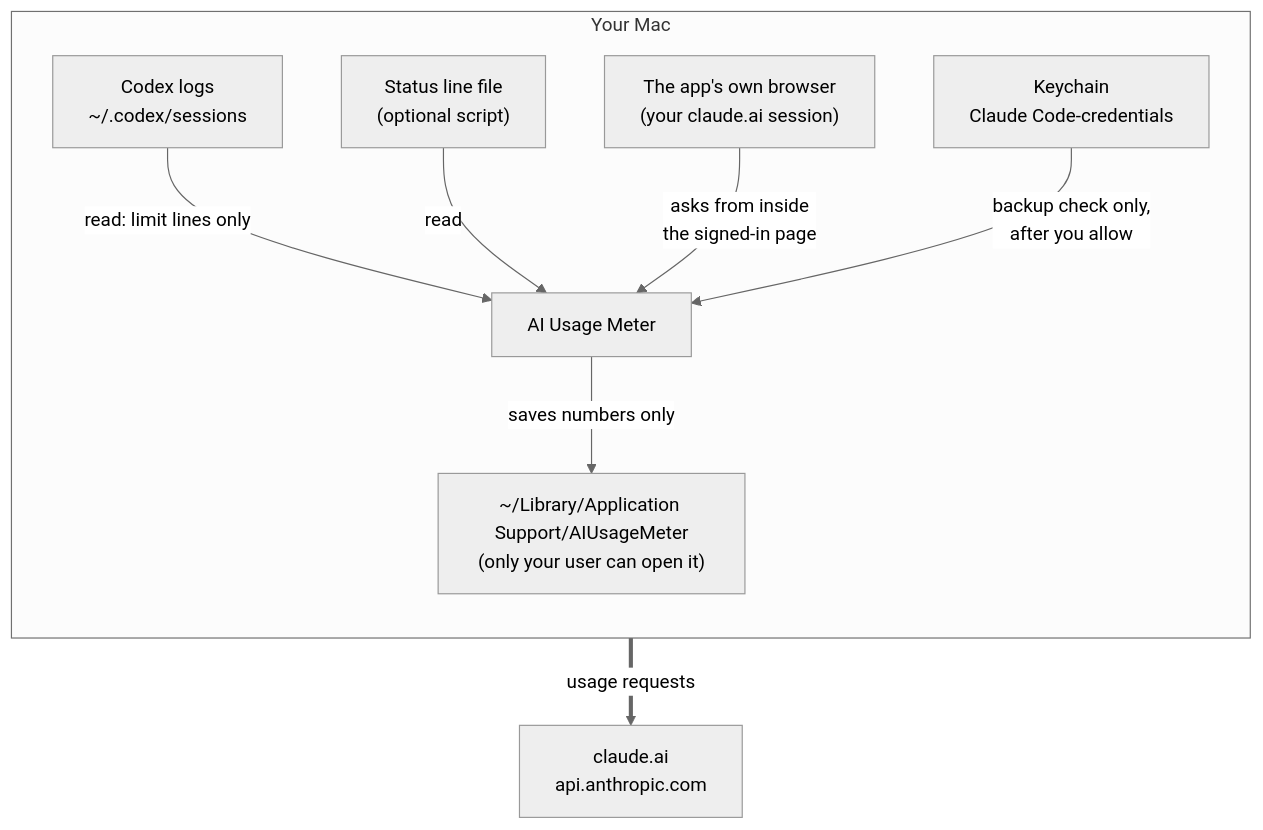
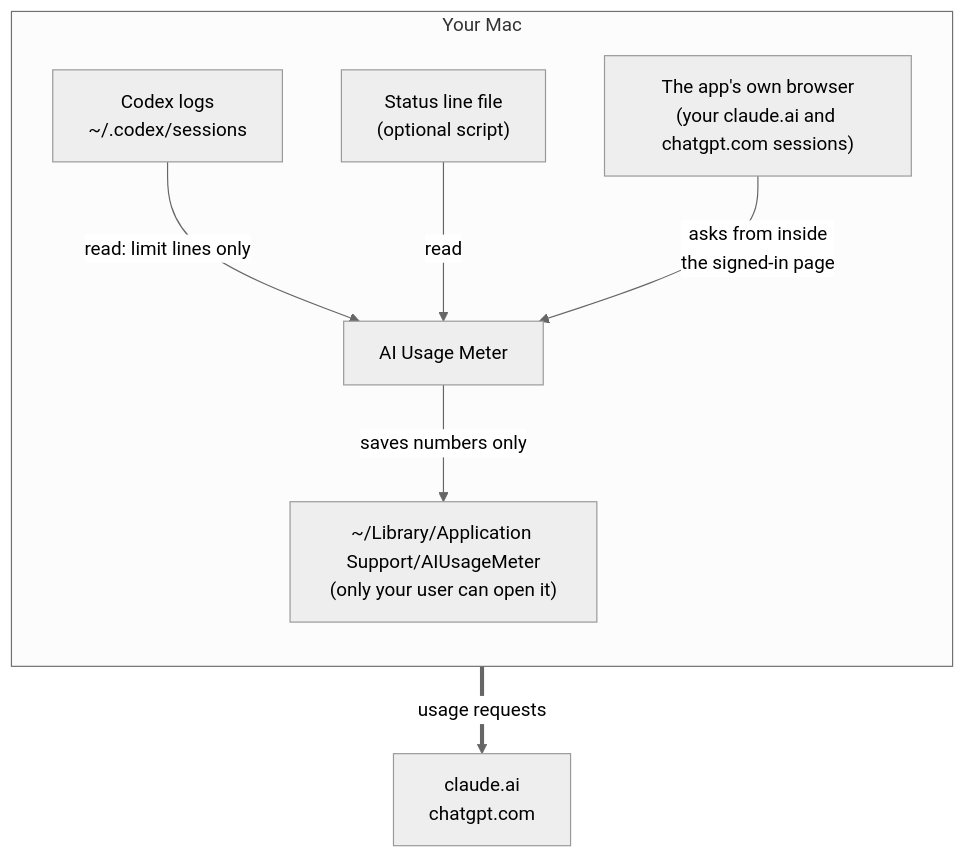
Before and after one commit to PrajwalSR/ai_usage_meter: the first of 2 diagrams in SECURITY.md, drawn with Mermaid (neutral theme). The commit also changed other lines of this file and 29 other files, not shown here.

````diff
--- a/SECURITY.md
+++ b/SECURITY.md
@@ -26,12 +26,11 @@
 ```mermaid
 flowchart TB
     subgraph Mac["Your Mac"]
         direction TB
         C2["Codex logs<br/>~/.codex/sessions"] -->|"read: limit lines only"| APP
         SL["Status line file<br/>(optional script)"] -->|"read"| APP
-        WV["The app's own browser<br/>(your claude.ai session)"] -->|"asks from inside<br/>the signed-in page"| APP
-        K["Keychain<br/>Claude Code-credentials"] -->|"backup check only,<br/>after you allow"| APP
+        WV["The app's own browser<br/>(your claude.ai and chatgpt.com sessions)"] -->|"asks from inside<br/>the signed-in page"| APP
         APP["AI Usage Meter"] -->|"saves numbers only"| S["~/Library/Application Support/AIUsageMeter<br/>(only your user can open it)"]
     end
-    APP ==>|"usage requests"| A["claude.ai<br/>api.anthropic.com"]
+    APP ==>|"usage requests"| A["claude.ai<br/>chatgpt.com"]
 ```
````
